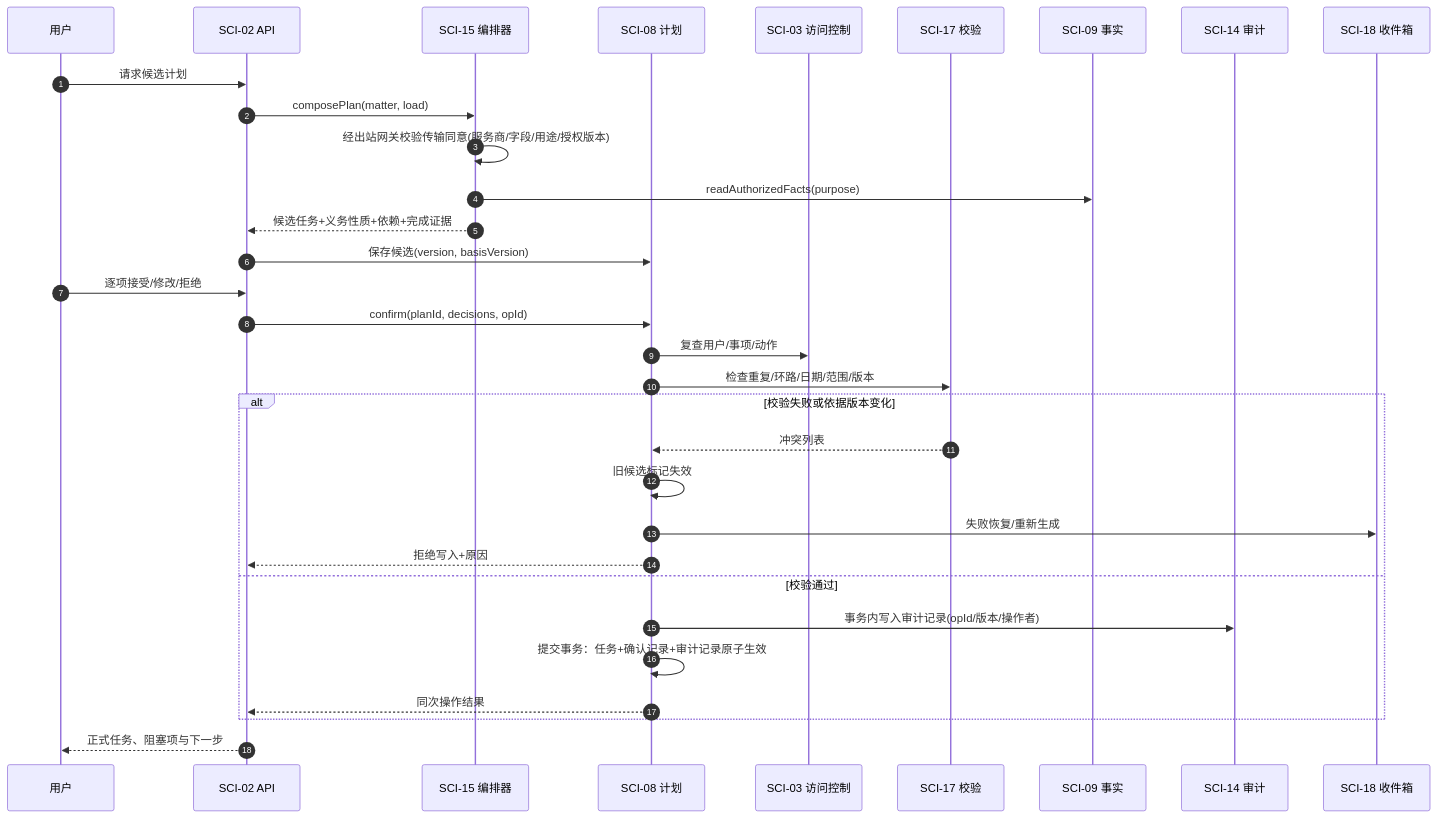
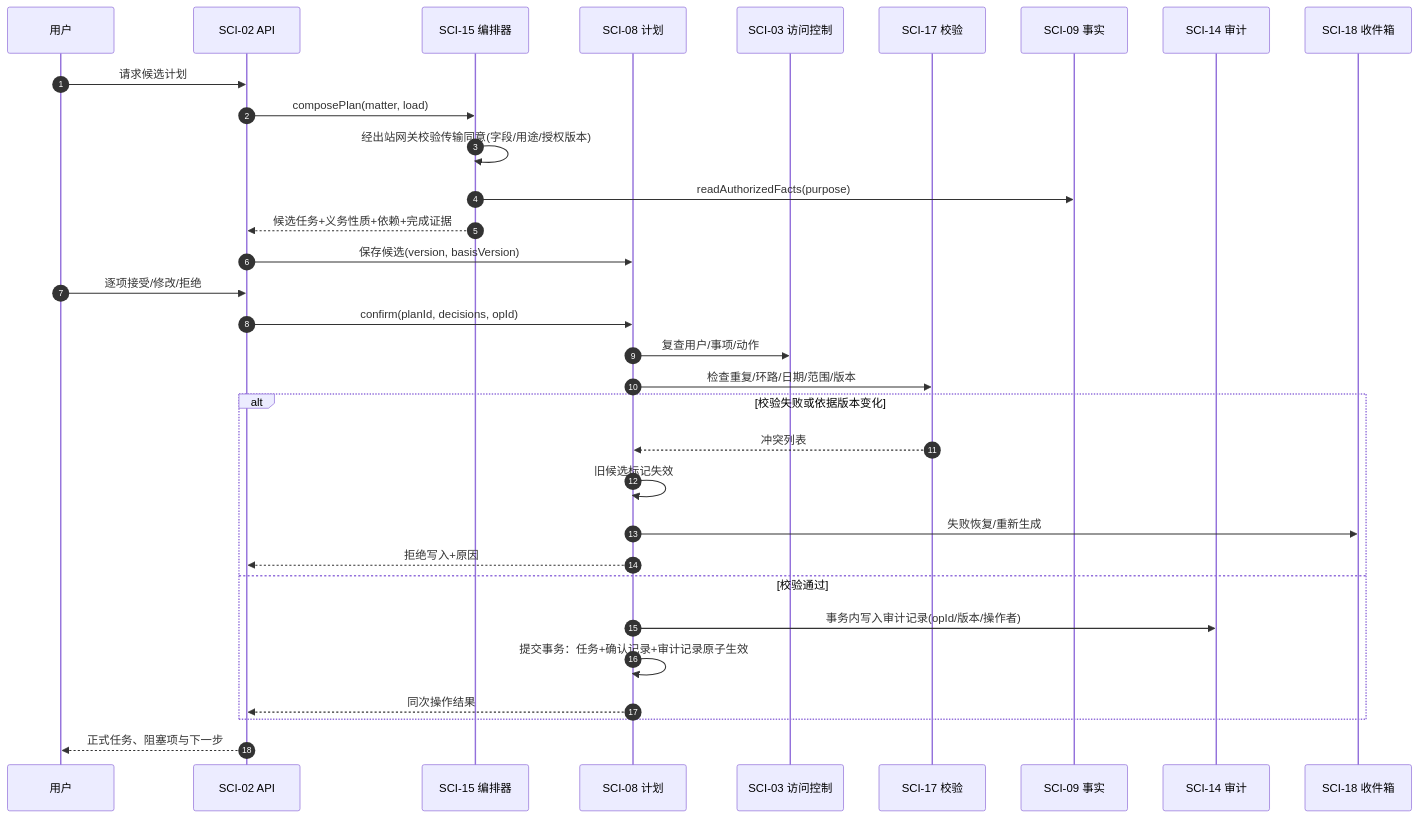
Before and after one commit to LotteryCamp/OfferPilot: diagram 12 of 23 in docs/design/system-design/offerpilot-system-design.md, drawn with Mermaid. The commit also changed other lines of this file and 4 other files, not shown here.

````diff
--- a/docs/design/system-design/offerpilot-system-design.md
+++ b/docs/design/system-design/offerpilot-system-design.md
@@ -1310,34 +1308,34 @@
 ```mermaid
 sequenceDiagram
     autonumber
     participant STU as 用户
     participant API as SCI-02 API
     participant AG as SCI-15 编排器
     participant PL as SCI-08 计划
     participant AU as SCI-03 访问控制
     participant VA as SCI-17 校验
     participant FACT as SCI-09 事实
     participant AUD as SCI-14 审计
     participant IN as SCI-18 收件箱
     STU->>API: 请求候选计划
     API->>AG: composePlan(matter, load)
-    AG->>AG: 经出站网关校验传输同意(服务商/字段/用途/授权版本)
+    AG->>AG: 经出站网关校验传输同意(字段/用途/授权版本)
     AG->>FACT: readAuthorizedFacts(purpose)
     AG-->>API: 候选任务+义务性质+依赖+完成证据
     API->>PL: 保存候选(version, basisVersion)
     STU->>API: 逐项接受/修改/拒绝
     API->>PL: confirm(planId, decisions, opId)
     PL->>AU: 复查用户/事项/动作
     PL->>VA: 检查重复/环路/日期/范围/版本
     alt 校验失败或依据版本变化
         VA-->>PL: 冲突列表
         PL->>PL: 旧候选标记失效
         PL->>IN: 失败恢复/重新生成
         PL-->>API: 拒绝写入+原因
     else 校验通过
         PL->>AUD: 事务内写入审计记录(opId/版本/操作者)
         PL->>PL: 提交事务：任务+确认记录+审计记录原子生效
         PL-->>API: 同次操作结果
     end
     API-->>STU: 正式任务、阻塞项与下一步
 ```
````
